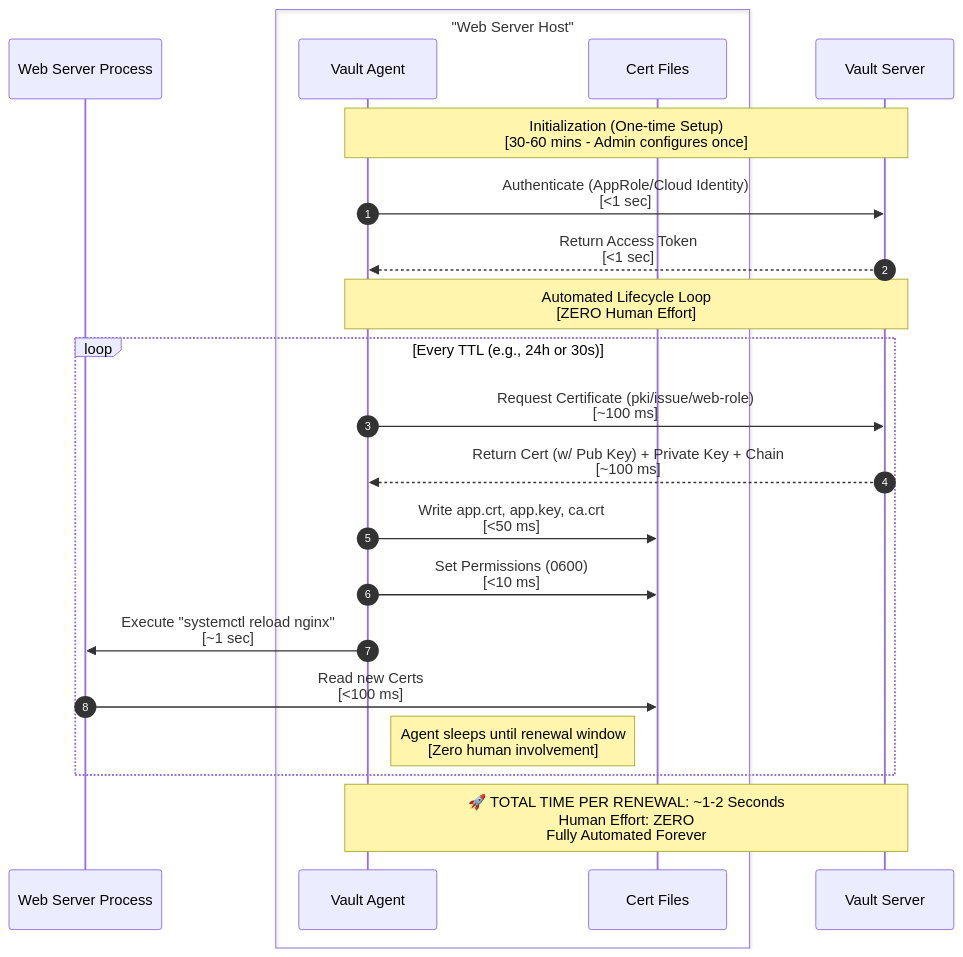
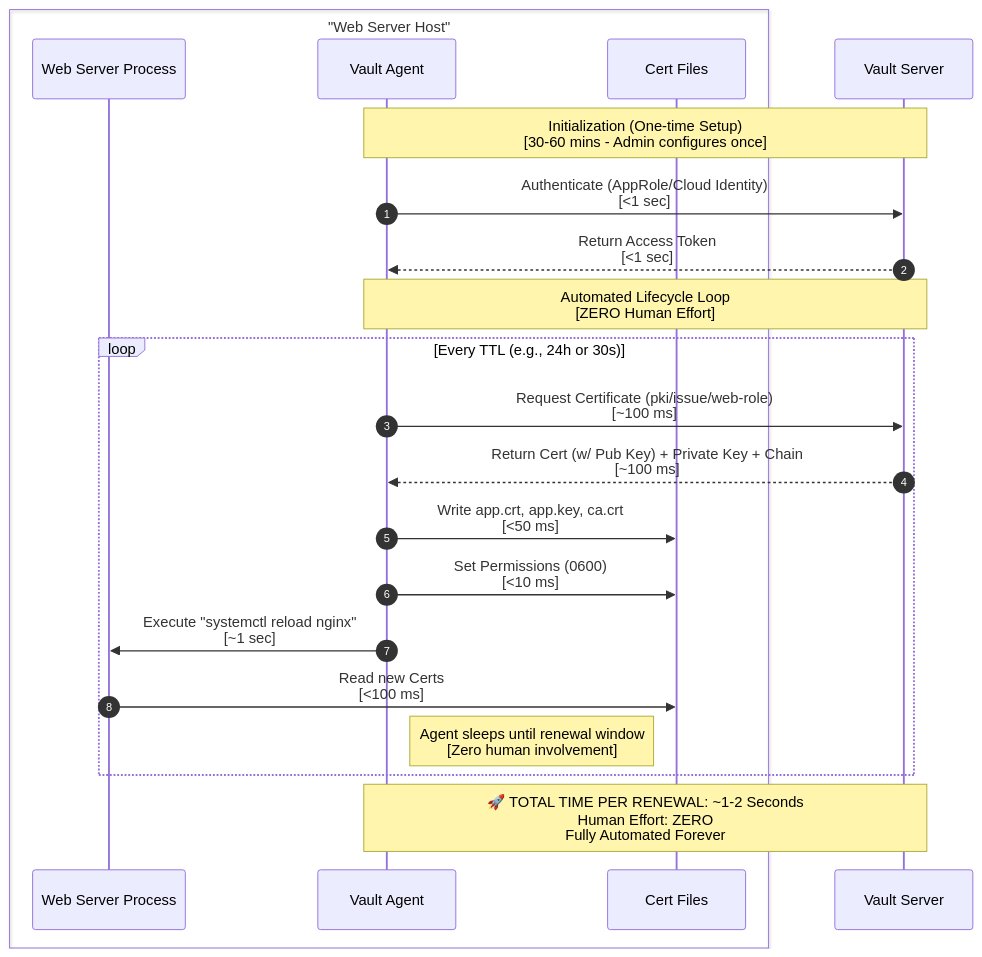
Before and after one commit to songlining/pki: the second of 2 diagrams in tls-cert-gen-manual-vs-vault.md, drawn with Mermaid. The commit also changed 34 other files, not shown here.

````diff
--- a/tls-cert-gen-manual-vs-vault.md
+++ b/tls-cert-gen-manual-vs-vault.md
@@ -78,30 +78,31 @@
 ```mermaid
 sequenceDiagram
     autonumber
-    participant Server as Web Server Process
-    box "Web Server Host" #f9f9f9
+    
+    box "Web Server Host" #e8f4fd
+        participant Server as Web Server Process
         participant Agent as Vault Agent
         participant Files as Cert Files
     end
     participant Vault as Vault Server
 
     Note over Agent, Vault: Initialization (One-time Setup)<br/>[30-60 mins - Admin configures once]
     Agent->>Vault: Authenticate (AppRole/Cloud Identity)<br/>[<1 sec]
     Vault-->>Agent: Return Access Token<br/>[<1 sec]
 
     Note over Agent, Vault: Automated Lifecycle Loop<br/>[ZERO Human Effort]
     loop Every TTL (e.g., 24h or 30s)
         Agent->>Vault: Request Certificate (pki/issue/web-role)<br/>[~100 ms]
         Vault-->>Agent: Return Cert (w/ Pub Key) + Private Key + Chain<br/>[~100 ms]
 
         Agent->>Files: Write app.crt, app.key, ca.crt<br/>[<50 ms]
         Agent->>Files: Set Permissions (0600)<br/>[<10 ms]
 
         Agent->>Server: Execute "systemctl reload nginx"<br/>[~1 sec]
         Server->>Files: Read new Certs<br/>[<100 ms]
 
         Note right of Agent: Agent sleeps until renewal window<br/>[Zero human involvement]
     end
 
     Note over Agent, Vault: 🚀 TOTAL TIME PER RENEWAL: ~1-2 Seconds<br/>Human Effort: ZERO<br/>Fully Automated Forever
 ```
````
